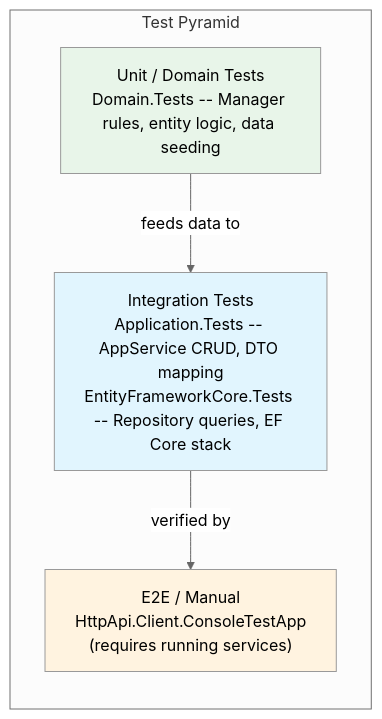
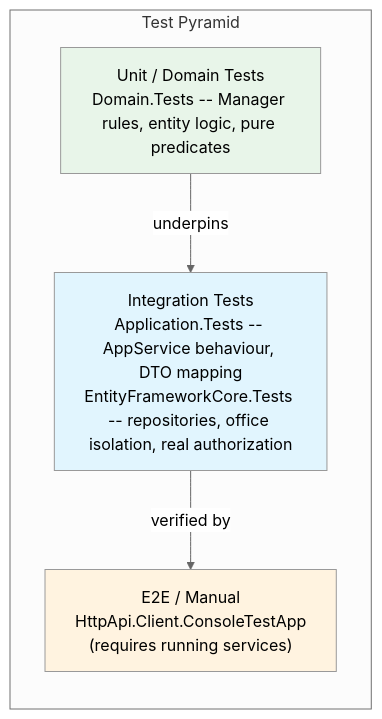
The diagram in docs/devops/TESTING-STRATEGY.md (gesco-healthcare-support/hcs-patient-portal), drawn with Mermaid (neutral theme) before and after one commit. The commit also changed other lines of this file and 6 other files, not shown here.

First line of the commit message:
docs(architecture): re-baseline the architecture and CI reference pages

````diff
--- a/docs/devops/TESTING-STRATEGY.md
+++ b/docs/devops/TESTING-STRATEGY.md
@@ -163,16 +208,16 @@
 ```mermaid
 flowchart TB
     subgraph pyramid["Test Pyramid"]
         direction TB
         e2e["E2E / Manual\nHttpApi.Client.ConsoleTestApp\n(requires running services)"]
-        integration["Integration Tests\nApplication.Tests -- AppService CRUD, DTO mapping\nEntityFrameworkCore.Tests -- Repository queries, EF Core stack"]
-        unit["Unit / Domain Tests\nDomain.Tests -- Manager rules, entity logic, data seeding"]
+        integration["Integration Tests\nApplication.Tests -- AppService behaviour, DTO mapping\nEntityFrameworkCore.Tests -- repositories, office isolation, real authorization"]
+        unit["Unit / Domain Tests\nDomain.Tests -- Manager rules, entity logic, pure predicates"]
     end
 
-    unit -->|feeds data to| integration
+    unit -->|underpins| integration
     integration -->|verified by| e2e
 
     style unit fill:#e8f5e9
     style integration fill:#e1f5fe
     style e2e fill:#fff3e0
 ```
````
